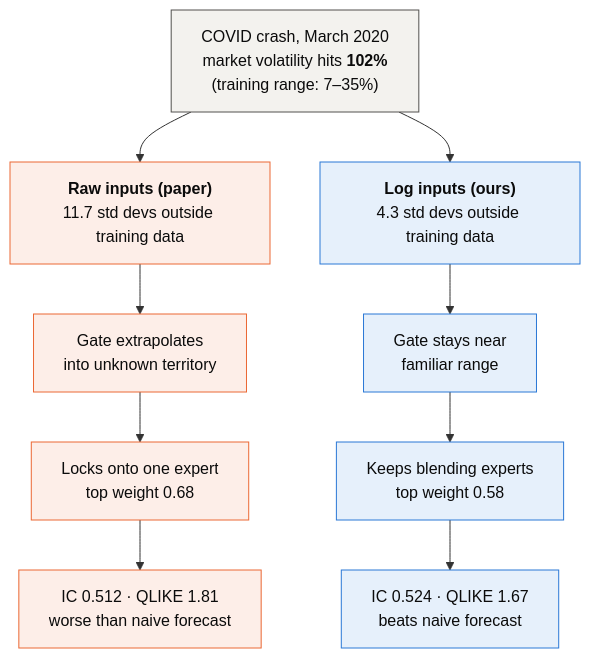
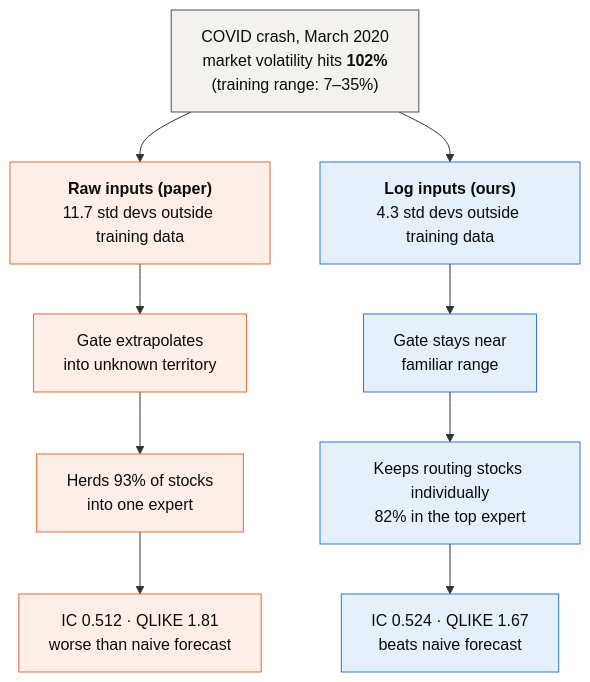
The diagram in docs/diagrams/failure_and_fix.mmd (kaiji123/Anomality), drawn with Mermaid before and after one commit. The commit also changed 21 other files, not shown here.

```diff
--- a/docs/diagrams/failure_and_fix.mmd
+++ b/docs/diagrams/failure_and_fix.mmd
@@ -1,16 +1,16 @@
 flowchart TB
     C["COVID crash, March 2020<br/>market volatility hits <b>102%</b><br/>(training range: 7–35%)"]
     C --> R1["<b>Raw inputs (paper)</b><br/>11.7 std devs outside training data"]
     C --> L1["<b>Log inputs (ours)</b><br/>4.3 std devs outside training data"]
     R1 --> R2["Gate extrapolates<br/>into unknown territory"]
-    R2 --> R3["Locks onto one expert<br/>top weight 0.68"]
+    R2 --> R3["Herds 93% of stocks<br/>into one expert"]
     R3 --> R4["IC 0.512 · QLIKE 1.81<br/>worse than naive forecast"]
     L1 --> L2["Gate stays near<br/>familiar range"]
-    L2 --> L3["Keeps blending experts<br/>top weight 0.58"]
+    L2 --> L3["Keeps routing stocks individually<br/>82% in the top expert"]
     L3 --> L4["IC 0.524 · QLIKE 1.67<br/>beats naive forecast"]
     classDef raw fill:#fdeee8,stroke:#eb6834,color:#0b0b0b;
     classDef log fill:#e6f0fb,stroke:#2a78d6,color:#0b0b0b;
     classDef top fill:#f3f2ee,stroke:#52514e,color:#0b0b0b;
     class R1,R2,R3,R4 raw;
     class L1,L2,L3,L4 log;
     class C top;
```
